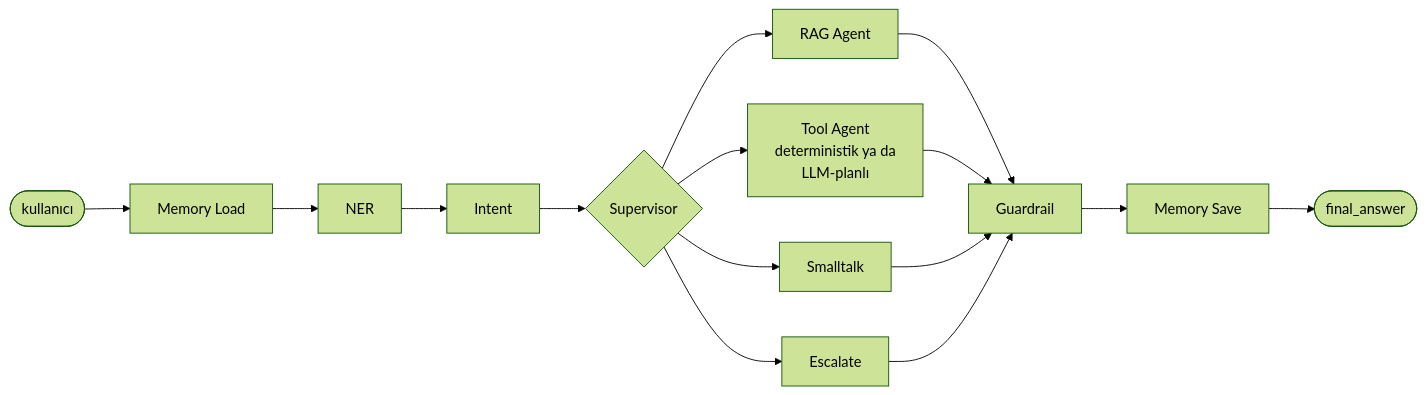
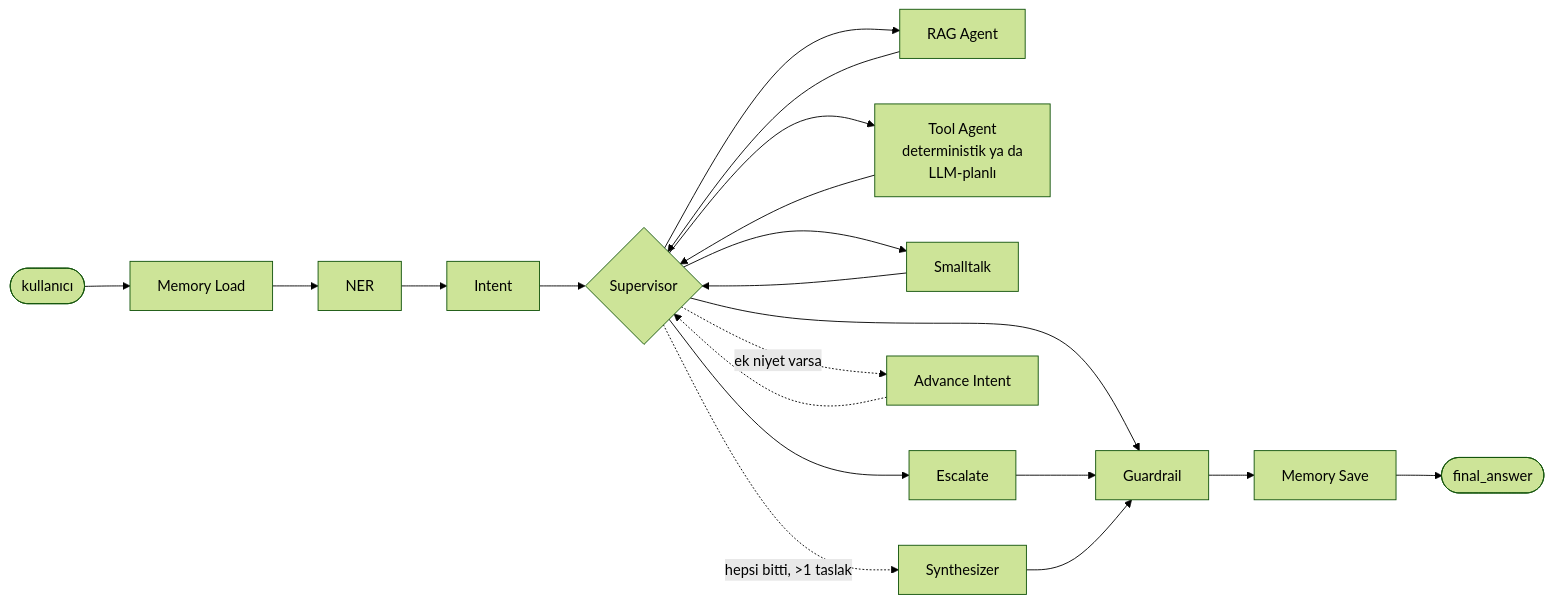
The diagram in README.md (ebraronuk/multi-agent-banking-rag), drawn with Mermaid (forest theme) before and after one commit. The commit also changed other lines of this file and 29 other files, not shown here.

````diff
--- a/README.md
+++ b/README.md
@@ -78,13 +77,17 @@
 ```mermaid
 flowchart LR
     U([kullanıcı]) --> MEM[Memory Load] --> NER[NER] --> INTENT[Intent] --> SUP{Supervisor}
     SUP --> RAG[RAG Agent]
     SUP --> TOOL[Tool Agent<br/>deterministik ya da<br/>LLM-planlı]
     SUP --> CHAT[Smalltalk]
     SUP --> ESC[Escalate]
-    RAG --> GUARD[Guardrail]
-    TOOL --> GUARD
-    CHAT --> GUARD
+    RAG --> SUP
+    TOOL --> SUP
+    CHAT --> SUP
+    SUP -.ek niyet varsa.-> ADV[Advance Intent] -.-> SUP
+    SUP -.hepsi bitti, >1 taslak.-> SYN[Synthesizer]
+    SUP --> GUARD[Guardrail]
     ESC --> GUARD
+    SYN --> GUARD
     GUARD --> MEMSAVE[Memory Save] --> R([final_answer])
 ```
````
